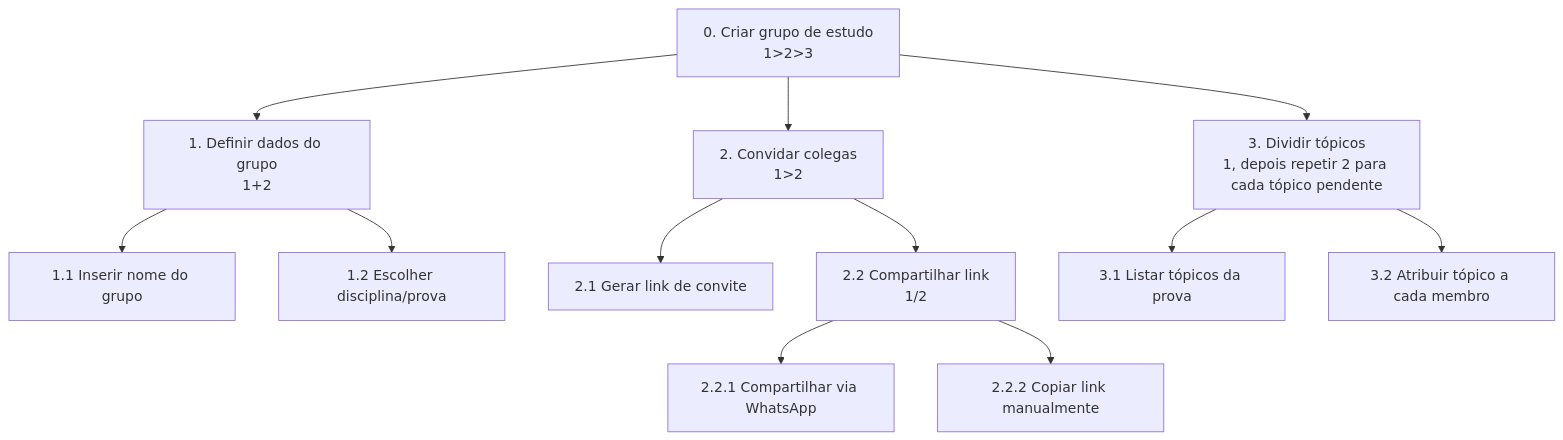
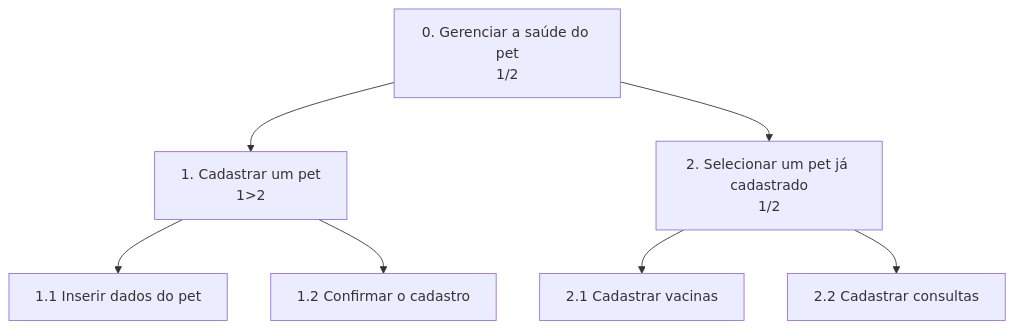
The diagram in docs/6_analise_tarefas.md (dlopesx/projeto-ux), drawn with Mermaid before and after one commit. The commit also changed other lines of this file, not shown here.

First line of the commit message:
Revise task analysis for pet health management

````diff
--- a/docs/6_analise_tarefas.md
+++ b/docs/6_analise_tarefas.md
@@ -32,14 +7,9 @@
 ```mermaid
 graph TD
-    A["0. Criar grupo de estudo<br/>1>2>3"] --> B["1. Definir dados do grupo<br/>1+2"]
-    A --> C["2. Convidar colegas<br/>1>2"]
-    A --> D["3. Dividir tópicos<br/>1, depois repetir 2 para cada tópico pendente"]
-    B --> B1["1.1 Inserir nome do grupo"]
-    B --> B2["1.2 Escolher disciplina/prova"]
-    C --> C1["2.1 Gerar link de convite"]
-    C --> C2["2.2 Compartilhar link<br/>1/2"]
-    C2 --> C2a["2.2.1 Compartilhar via WhatsApp"]
-    C2 --> C2b["2.2.2 Copiar link manualmente"]
-    D --> D1["3.1 Listar tópicos da prova"]
-    D --> D2["3.2 Atribuir tópico a cada membro"]
+    A["0. Gerenciar a saúde do pet<br/>1/2"] --> B["1. Cadastrar um pet<br/>1>2"]
+    A --> C["2. Selecionar um pet já cadastrado<br/>1/2"]
+    B --> B1["1.1 Inserir dados do pet"]
+    B --> B2["1.2 Confirmar o cadastro"]
+    C --> C1["2.1 Cadastrar vacinas"]
+    C --> C2["2.2 Cadastrar consultas"]
 ```
````
